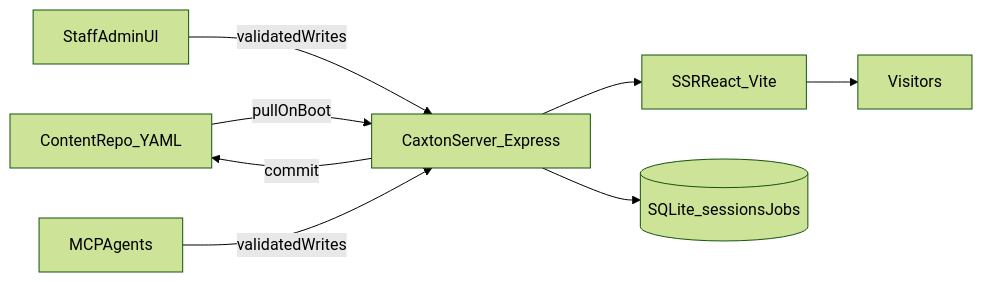
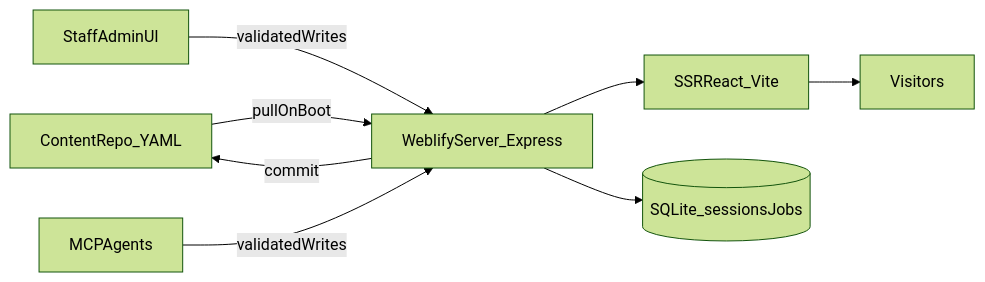
The diagram in README.md (breatheco-de/website-v3), drawn with Mermaid (forest theme) before and after one commit. The commit also changed other lines of this file and 106 other files, not shown here.

````diff
--- a/README.md
+++ b/README.md
@@ -107,10 +112,10 @@
 ```mermaid
 flowchart LR
-    contentRepo[ContentRepo_YAML] -->|pullOnBoot| server[CaxtonServer_Express]
+    contentRepo[ContentRepo_YAML] -->|pullOnBoot| server[WeblifyServer_Express]
     server --> ssr[SSRReact_Vite]
     server --> sqlite[(SQLite_sessionsJobs)]
     staffUI[StaffAdminUI] -->|validatedWrites| server
     mcpAgents[MCPAgents] -->|validatedWrites| server
     server -->|commit| contentRepo
     ssr --> visitors[Visitors]
 ```
````
